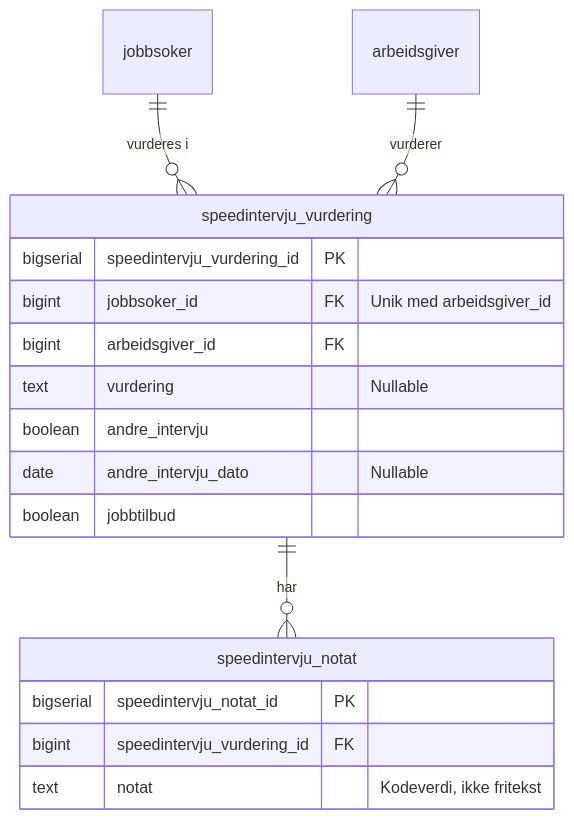
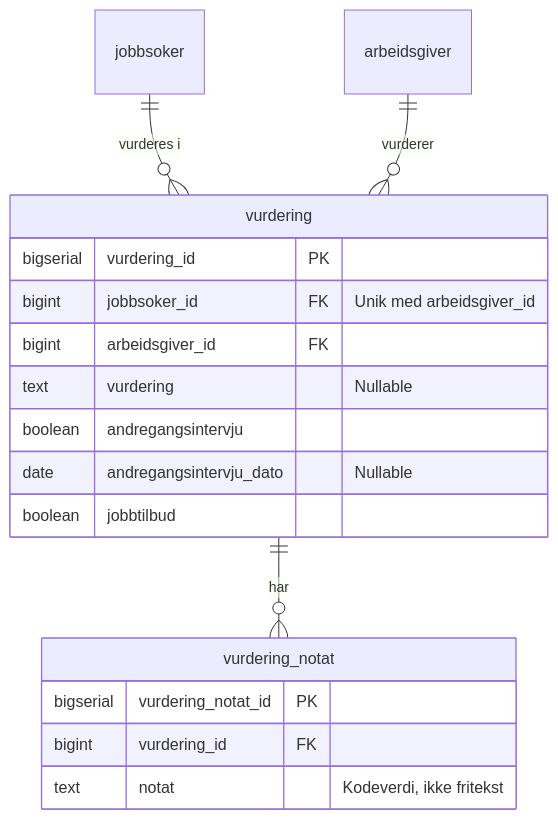
Before and after one commit to navikt/rekrutteringstreff-backend: the fourth of 4 diagrams in docs/9-planer/workop/motedag-oppmote-rom-og-fordeling.md, drawn with Mermaid. The commit also changed other lines of this file, not shown here.

````diff
--- a/docs/9-planer/workop/motedag-oppmote-rom-og-fordeling.md
+++ b/docs/9-planer/workop/motedag-oppmote-rom-og-fordeling.md
@@ -992,20 +1153,20 @@
 ```mermaid
 erDiagram
-    jobbsoker ||--o{ speedintervju_vurdering : "vurderes i"
-    arbeidsgiver ||--o{ speedintervju_vurdering : "vurderer"
-    speedintervju_vurdering ||--o{ speedintervju_notat : "har"
-    speedintervju_vurdering {
-        bigserial speedintervju_vurdering_id PK
+    jobbsoker ||--o{ vurdering : "vurderes i"
+    arbeidsgiver ||--o{ vurdering : "vurderer"
+    vurdering ||--o{ vurdering_notat : "har"
+    vurdering {
+        bigserial vurdering_id PK
         bigint jobbsoker_id FK "Unik med arbeidsgiver_id"
         bigint arbeidsgiver_id FK
         text vurdering "Nullable"
-        boolean andre_intervju
-        date andre_intervju_dato "Nullable"
+        boolean andregangsintervju
+        date andregangsintervju_dato "Nullable"
         boolean jobbtilbud
     }
-    speedintervju_notat {
-        bigserial speedintervju_notat_id PK
-        bigint speedintervju_vurdering_id FK
+    vurdering_notat {
+        bigserial vurdering_notat_id PK
+        bigint vurdering_id FK
         text notat "Kodeverdi, ikke fritekst"
     }
 ```
````
